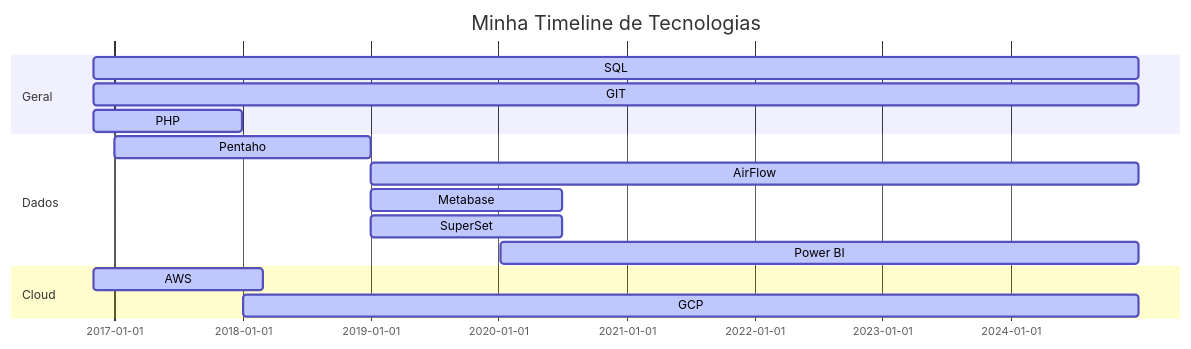
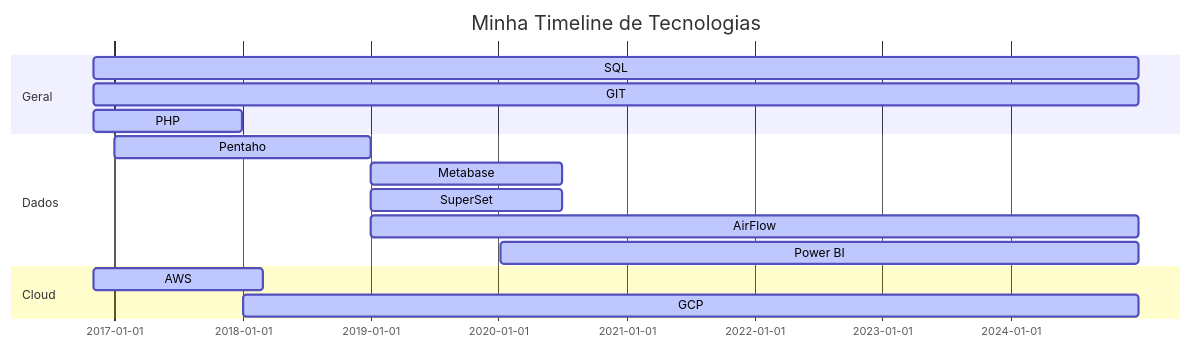
Before and after one commit to ArturAlvesC/ArturAlvesC: the diagram in README.md, drawn with Mermaid. The commit also changed other lines of this file, not shown here.

````diff
--- a/README.md
+++ b/README.md
@@ -6,20 +6,20 @@
 ```mermaid
 gantt
 dateFormat  YYYY-MM-DD
 title Minha Timeline de Tecnologias
 section Geral
 SQL           :active,, 2016-11-01,2024-12-31
 GIT           :active,, 2016-11-01,2024-12-31
 PHP           :active,, 2016-11-01,2017-12-31
 
 section Dados
 Pentaho       :active,, 2017-01-01,2018-12-31
-AirFlow       :active,, 2019-01-01,2024-12-31
 Metabase      :active,, 2019-01-01,2020-06-30
 SuperSet      :active,, 2019-01-01,2020-06-30
+AirFlow       :active,, 2019-01-01,2024-12-31
 Power BI      :active,, 2020-01-07,2024-12-31
 
 section Cloud
 AWS           :active,, 2016-11-01,2018-02-28
 GCP           :active,, 2018-01-01,2024-12-31
 ```
````
